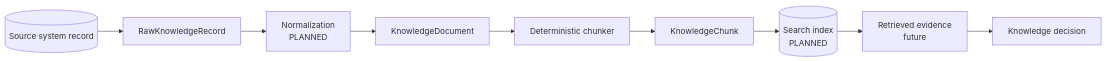
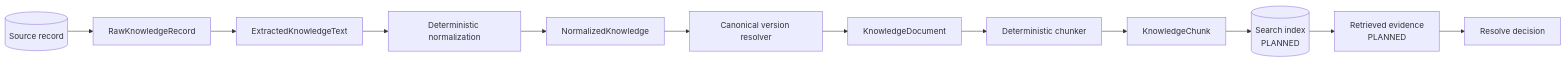
The first of 7 diagrams in docs/architecture/KNOWLEDGE_MODEL.md (kumarchandansingh/tropos), drawn with Mermaid before and after one commit. The commit also changed other lines of this file and 23 other files, not shown here.

First line of the commit message:
feat: add deterministic normalization and canonical versioning

````diff
--- a/docs/architecture/KNOWLEDGE_MODEL.md
+++ b/docs/architecture/KNOWLEDGE_MODEL.md
@@ -7,12 +7,15 @@
 ```mermaid
 flowchart LR
-    Source[(Source system record)]
+    Source[(Source record)]
     --> Raw[RawKnowledgeRecord]
-    --> Normalize[Normalization<br/>PLANNED]
+    --> Extract[ExtractedKnowledgeText]
+    --> Normalize[Deterministic normalization]
+    --> Candidate[NormalizedKnowledge]
+    --> Version[Canonical version resolver]
     --> Doc[KnowledgeDocument]
     --> Chunker[Deterministic chunker]
     --> Chunk[KnowledgeChunk]
     --> Index[(Search index<br/>PLANNED)]
-    --> Result[Retrieved evidence<br/>future]
-    --> Decision[Knowledge decision]
+    --> Evidence[Retrieved evidence<br/>PLANNED]
+    --> Decision[Resolve decision]
 ```
````
